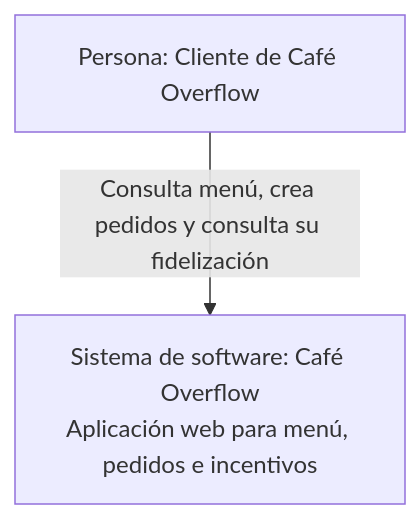
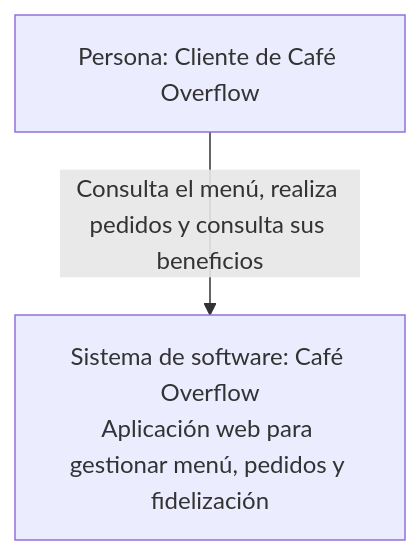
One commit to alejoms13/Taller-Modelo-N-Tier changed the diagram in docs/diagramas-c4/c1-contexto.mmd. Above: the diagram before and after it, drawn with Mermaid.

````diff
--- a/docs/diagramas-c4/c1-contexto.mmd
+++ b/docs/diagramas-c4/c1-contexto.mmd
@@ -1,4 +1,7 @@
+```mermaid
 flowchart TB
     Cliente["Persona: Cliente de Café Overflow"]
-    Cafe["Sistema de software: Café Overflow<br/>Aplicación web para menú, pedidos e incentivos"]
-    Cliente -->|"Consulta menú, crea pedidos y consulta su fidelización"| Cafe
+    Cafe["Sistema de software: Café Overflow<br/>Aplicación web para gestionar menú, pedidos y fidelización"]
+
+    Cliente -->|"Consulta el menú, realiza pedidos y consulta sus beneficios"| Cafe
+```
````
